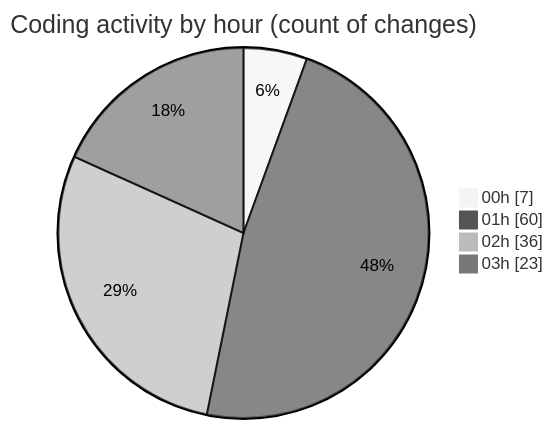
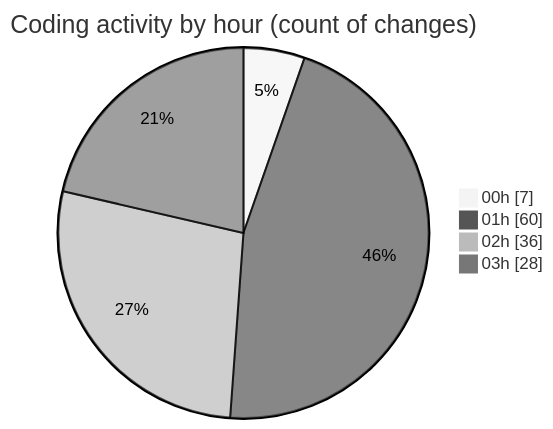
The second of 2 diagrams in 2025-10-07/eventscop-frontend-guide__workspace_/README.md (julien-gomy/code-tracking), drawn with Mermaid (neutral theme) before and after one commit. The commit also changed other lines of this file and 1 other file, not shown here.

````diff
--- a/2025-10-07/eventscop-frontend-guide__workspace_/README.md
+++ b/2025-10-07/eventscop-frontend-guide__workspace_/README.md
@@ -84,8 +85,8 @@
 ```mermaid
 pie showData
 title Coding activity by hour (count of changes)
 "00h" : 7
 "01h" : 60
 "02h" : 36
-"03h" : 23
+"03h" : 28
 ```
````
